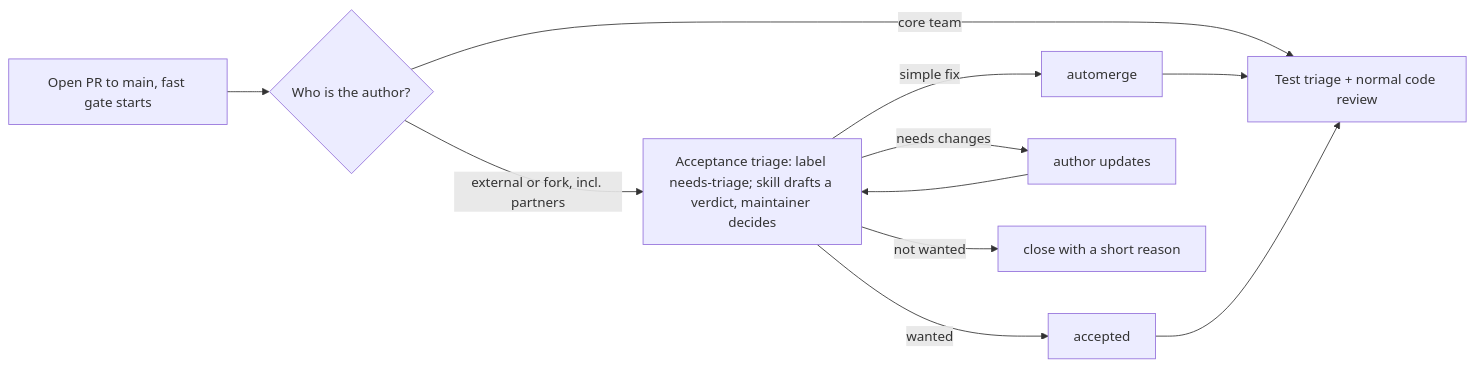
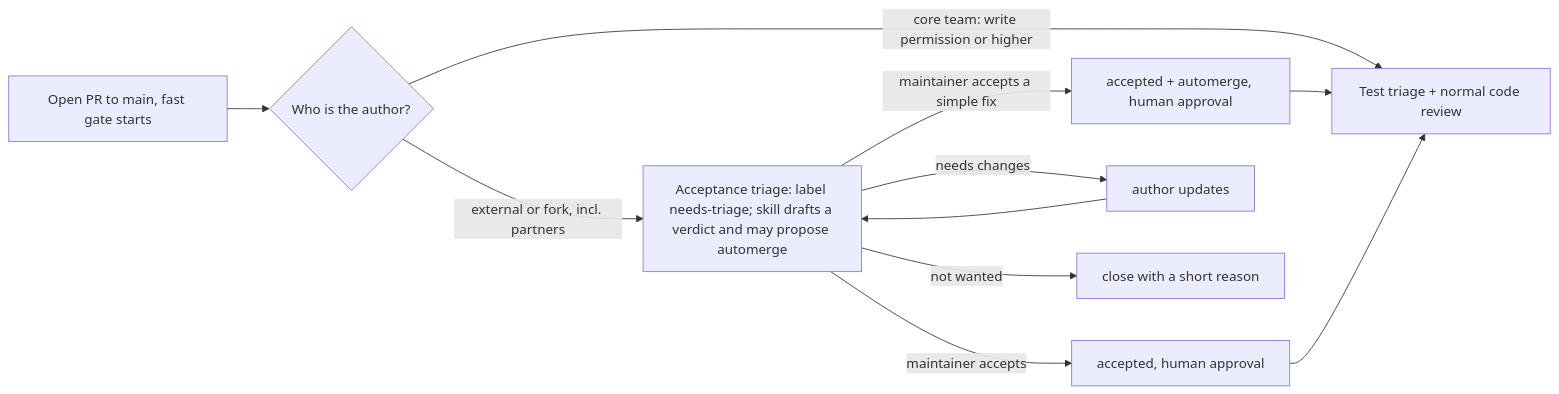
The second of 10 diagrams in .ai/specs/2026-11-25-batch-merge-and-green-tag-release-process.md (open-mercato/open-mercato), drawn with Mermaid before and after one commit. The commit also changed other lines of this file, not shown here.

First line of the commit message:
docs(specs): address review of the batch release process spec

````diff
--- a/.ai/specs/2026-11-25-batch-merge-and-green-tag-release-process.md
+++ b/.ai/specs/2026-11-25-batch-merge-and-green-tag-release-process.md
@@ -123,13 +124,13 @@
 ```mermaid
 flowchart LR
   O["Open PR to main, fast gate starts"] --> A{"Who is the author?"}
-  A -->|"core team"| T["Test triage + normal code review"]
-  A -->|"external or fork, incl. partners"| X["Acceptance triage: label needs-triage; skill drafts a verdict, maintainer decides"]
-  X -->|"simple fix"| AM["automerge"]
-  X -->|"wanted"| AC["accepted"]
+  A -->|"core team: write permission or higher"| T["Test triage + normal code review"]
+  A -->|"external or fork, incl. partners"| X["Acceptance triage: label needs-triage; skill drafts a verdict and may propose automerge"]
+  X -->|"maintainer accepts a simple fix"| AM["accepted + automerge, human approval"]
+  X -->|"maintainer accepts"| AC["accepted, human approval"]
   X -->|"needs changes"| NC["author updates"]
   X -->|"not wanted"| D["close with a short reason"]
   AM --> T
   AC --> T
   NC --> X
 ```
````
